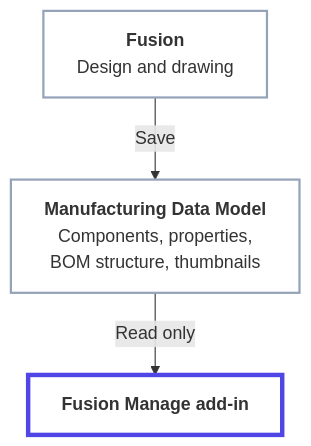
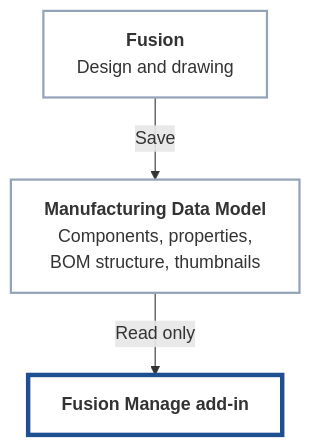
One commit to AHoop91/FusionToFusionManageAddon changed the diagram in docs/configuration/data-model.md. Above: the diagram before and after it, drawn with Mermaid. The commit also changed 4 other files, not shown here.

````diff
--- a/docs/configuration/data-model.md
+++ b/docs/configuration/data-model.md
@@ -15,10 +15,10 @@
 ```mermaid
 flowchart TB
     F["<b>Fusion</b><br/>Design and drawing"] -->|"Save"| M["<b>Manufacturing Data Model</b><br/>Components, properties,<br/>BOM structure, thumbnails"]
     M -->|"Read only"| A["<b>Fusion Manage add-in</b>"]
 
     classDef source fill:transparent,stroke:#94a3b8,stroke-width:2px
-    classDef addin fill:transparent,stroke:#4f46e5,stroke-width:4px
+    classDef addin fill:transparent,stroke:#1d4f91,stroke-width:4px
     class F,M source
     class A addin
 ```
````
